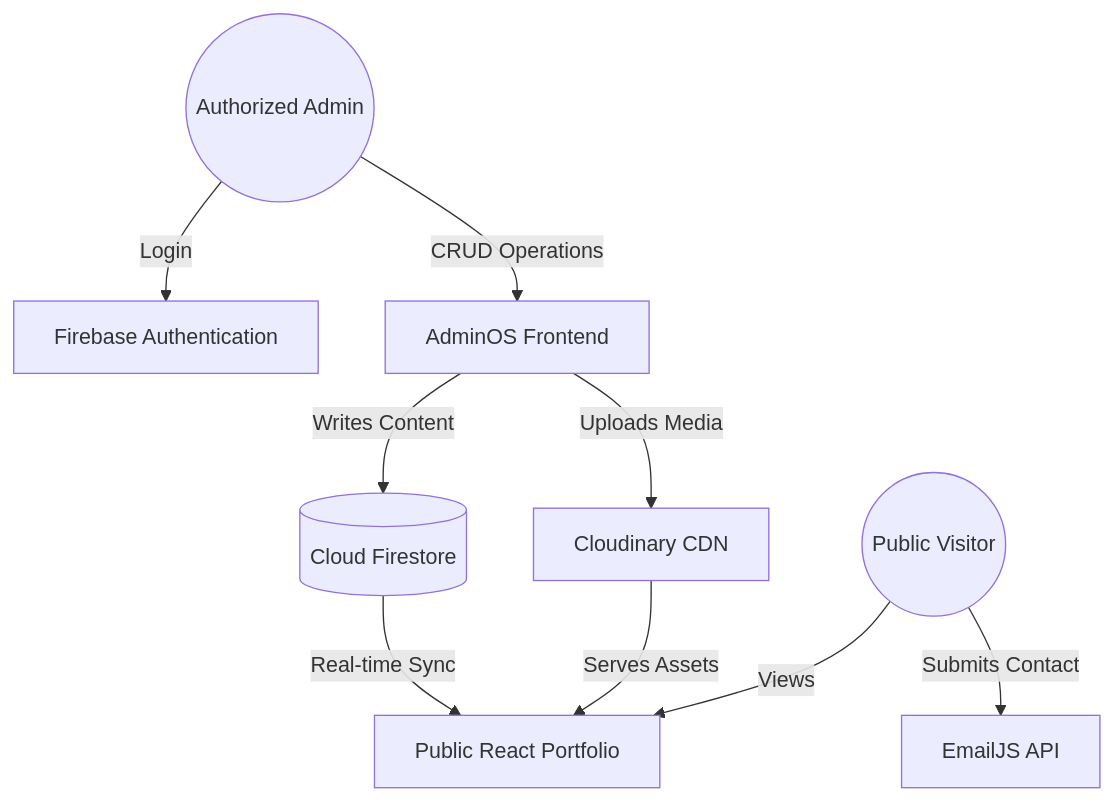
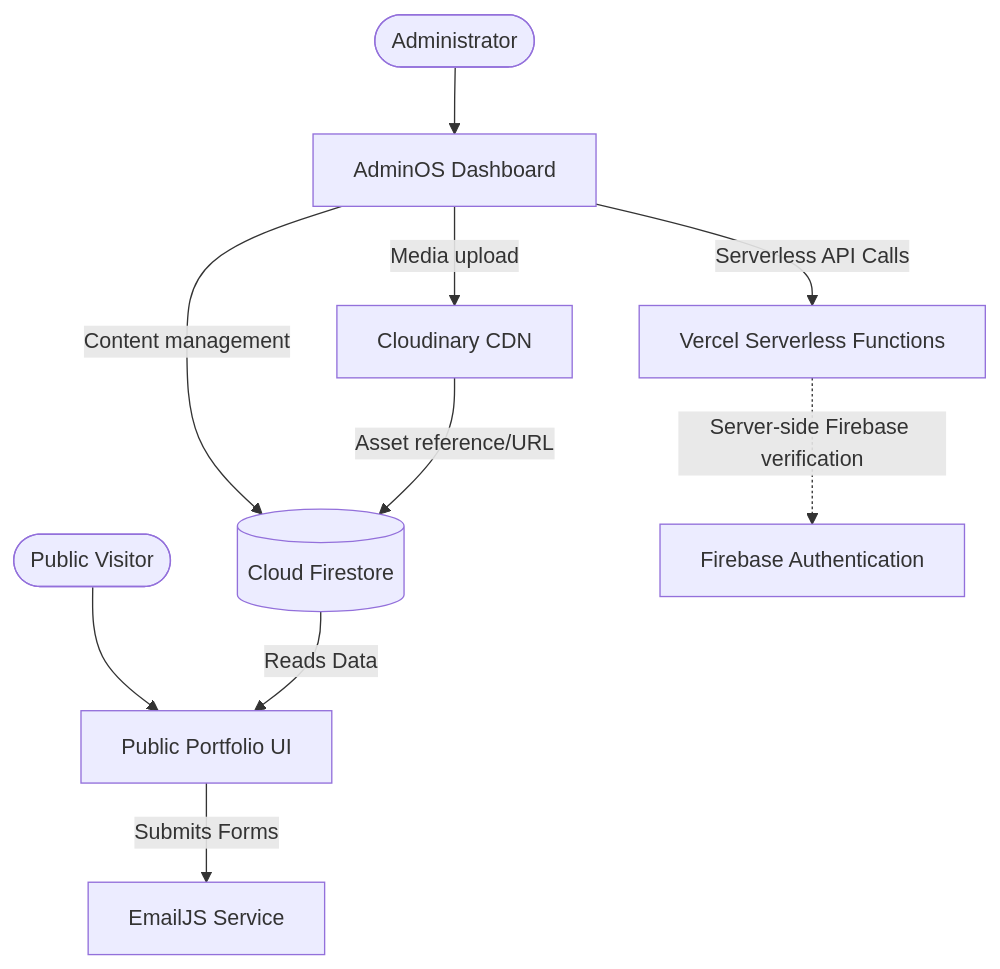
One commit to AbdelrahmanElbahnsy/Abdelrahman-Portfolio-main changed the diagram in README.md. Above: the diagram before and after it, drawn with Mermaid. The commit also changed other lines of this file, not shown here.

Commit message:
feat: polish AdminOS global shell

````diff
--- a/README.md
+++ b/README.md
@@ -88,13 +97,15 @@
 ```mermaid
 flowchart TD
-    Admin((Authorized Admin)) -->|Login| Auth[Firebase Authentication]
-    Admin -->|CRUD Operations| AdminOS[AdminOS Frontend]
-    AdminOS -->|Writes Content| Firestore[(Cloud Firestore)]
-    AdminOS -->|Uploads Media| Cloudinary[Cloudinary CDN]
+    Visitor([Public Visitor]) --> Portfolio[Public Portfolio UI]
+    Admin([Administrator]) --> AdminOS[AdminOS Dashboard]
     
-    Firestore -->|Real-time Sync| PublicUI[Public React Portfolio]
-    Cloudinary -->|Serves Assets| PublicUI
+    AdminOS -->|Content management| Firestore[(Cloud Firestore)]
+    AdminOS -->|Media upload| Cloudinary[Cloudinary CDN]
+    Cloudinary -->|Asset reference/URL| Firestore
+    Firestore -->|Reads Data| Portfolio
     
-    Visitor((Public Visitor)) -->|Views| PublicUI
-    Visitor -->|Submits Contact| EmailJS[EmailJS API]
+    Portfolio -->|Submits Forms| EmailJS[EmailJS Service]
+    
+    AdminOS -->|Serverless API Calls| VercelAPI[Vercel Serverless Functions]
+    VercelAPI -.->|Server-side Firebase verification| FirebaseAuth[Firebase Authentication]
 ```
````
